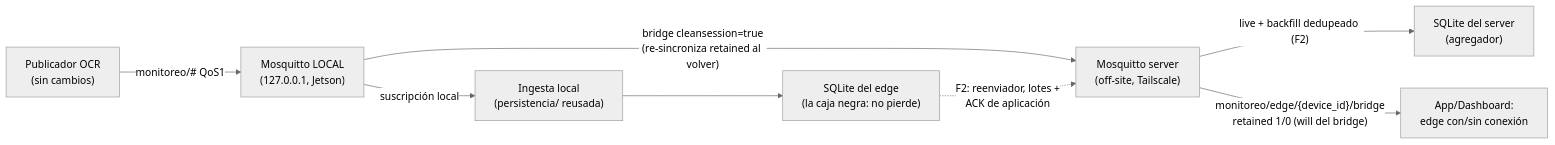
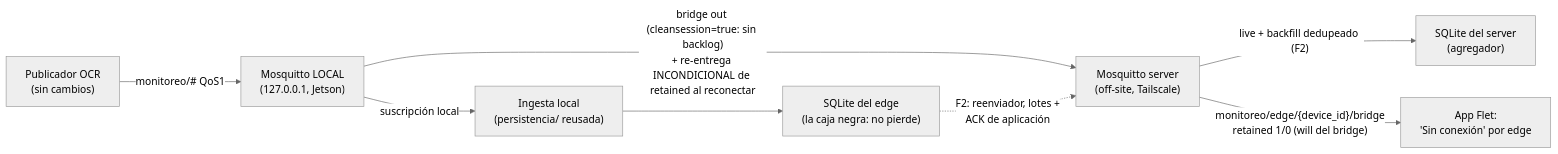
Before and after one commit to chuyAguilar/MonitoreoPediatria: the third of 4 diagrams in ARCHITECTURE.md, drawn with Mermaid (neutral theme). The commit also changed other lines of this file and 6 other files, not shown here.

First line of the commit message:
F1.1 de la caja negra: el conf del edge arranca y la app entiende el enlace (ADR-024)

````diff
--- a/ARCHITECTURE.md
+++ b/ARCHITECTURE.md
@@ -123,10 +123,10 @@
 ```mermaid
 flowchart LR
     OCR["Publicador OCR<br/>(sin cambios)"] -->|"monitoreo/# QoS1"| ML["Mosquitto LOCAL<br/>(127.0.0.1, Jetson)"]
-    ML -->|"bridge cleansession=true<br/>(re-sincroniza retained al volver)"| MS["Mosquitto server<br/>(off-site, Tailscale)"]
+    ML -->|"bridge out (cleansession=true: sin backlog)<br/>+ re-entrega INCONDICIONAL de retained al reconectar"| MS["Mosquitto server<br/>(off-site, Tailscale)"]
     ML -->|"suscripción local"| IL["Ingesta local<br/>(persistencia/ reusada)"]
     IL --> BDL["SQLite del edge<br/>(la caja negra: no pierde)"]
     BDL -.->|"F2: reenviador, lotes +<br/>ACK de aplicación"| MS
     MS -->|"live + backfill dedupeado (F2)"| BDS["SQLite del server<br/>(agregador)"]
-    MS -->|"monitoreo/edge/{device_id}/bridge<br/>retained 1/0 (will del bridge)"| APP["App/Dashboard:<br/>edge con/sin conexión"]
+    MS -->|"monitoreo/edge/{device_id}/bridge<br/>retained 1/0 (will del bridge)"| APP["App Flet:<br/>'Sin conexión' por edge"]
 ```
````
